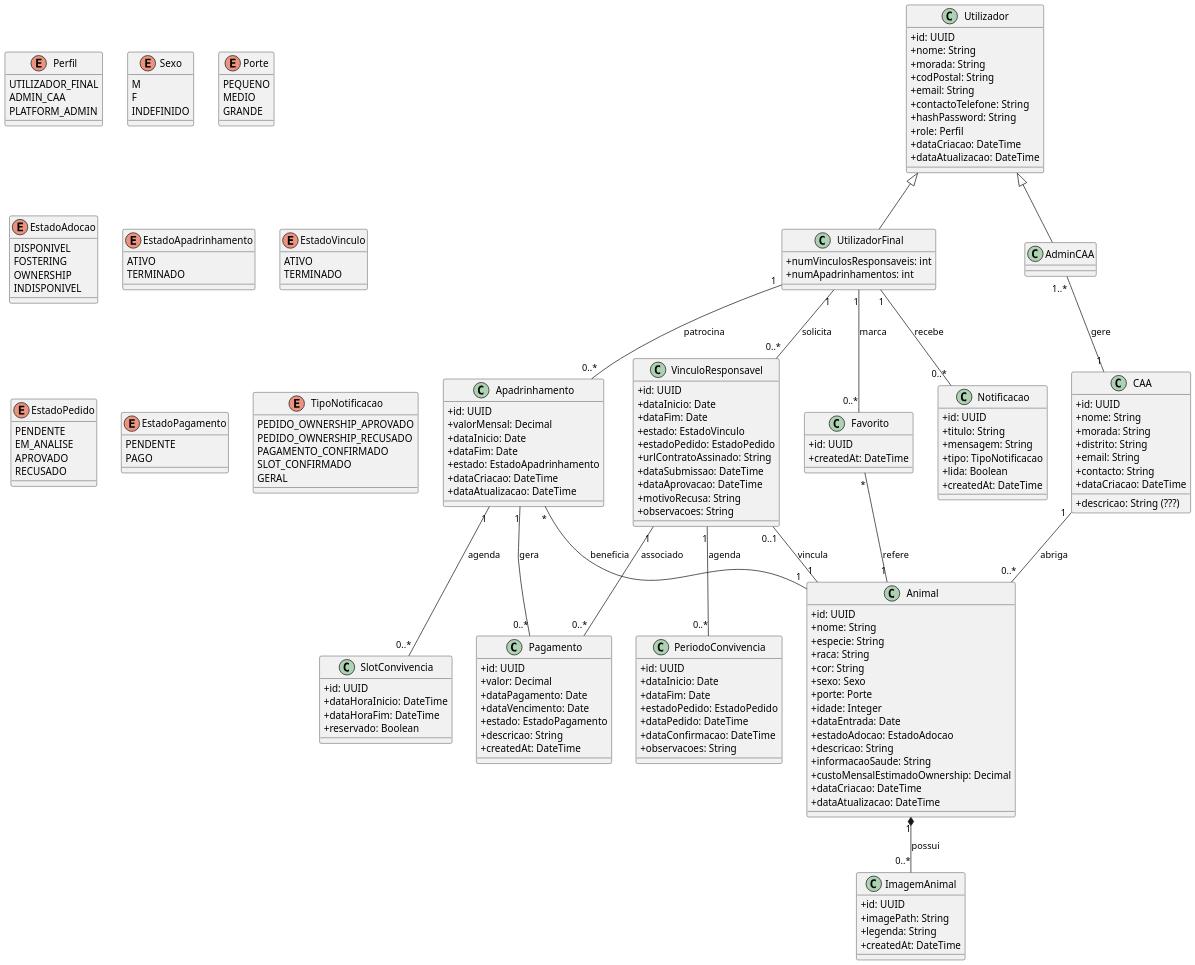
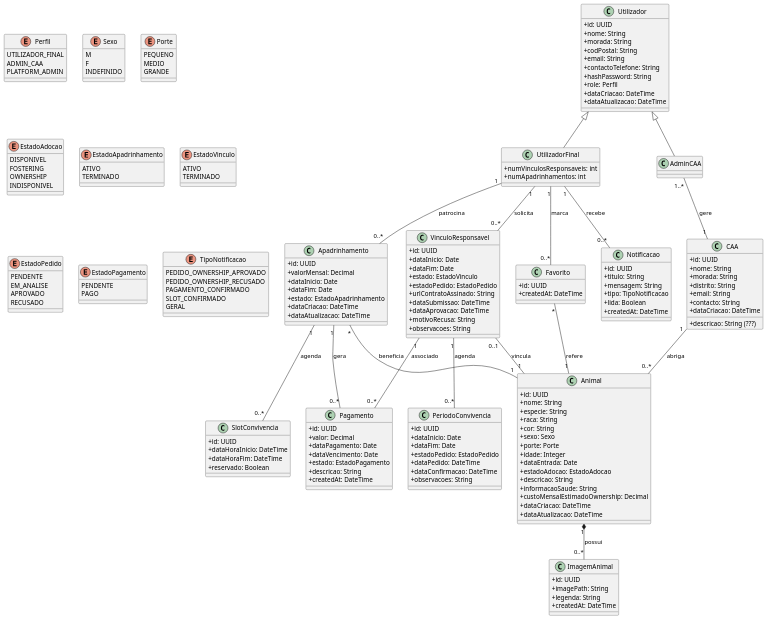
The diagram in artefactos_tecnicos/diagramas/DiagramaClasses.puml (see-paw/project-artifacts), drawn with PlantUML before and after one commit.

```diff
--- a/artefactos_tecnicos/diagramas/DiagramaClasses.puml
+++ b/artefactos_tecnicos/diagramas/DiagramaClasses.puml
@@ -1,5 +1,4 @@
 @startuml
-skinparam dpi 150
 skinparam classAttributeIconSize 0
 
 ' ================ UTILIZADORES ================
```
